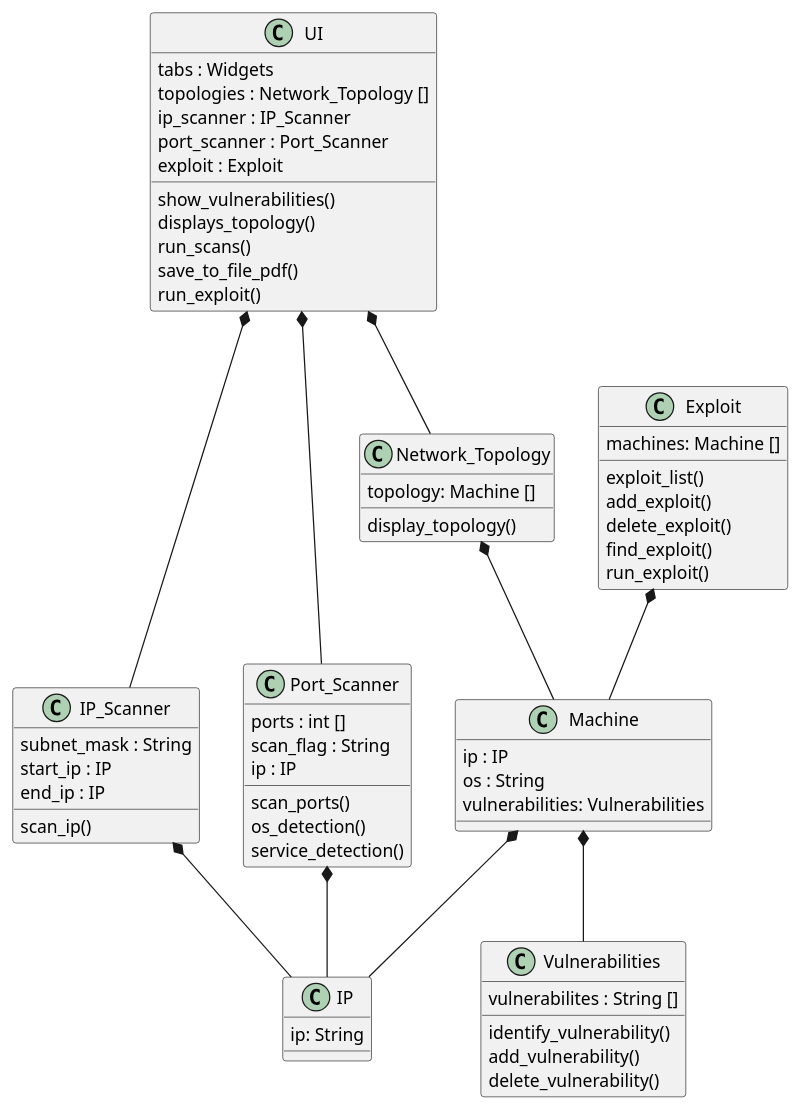
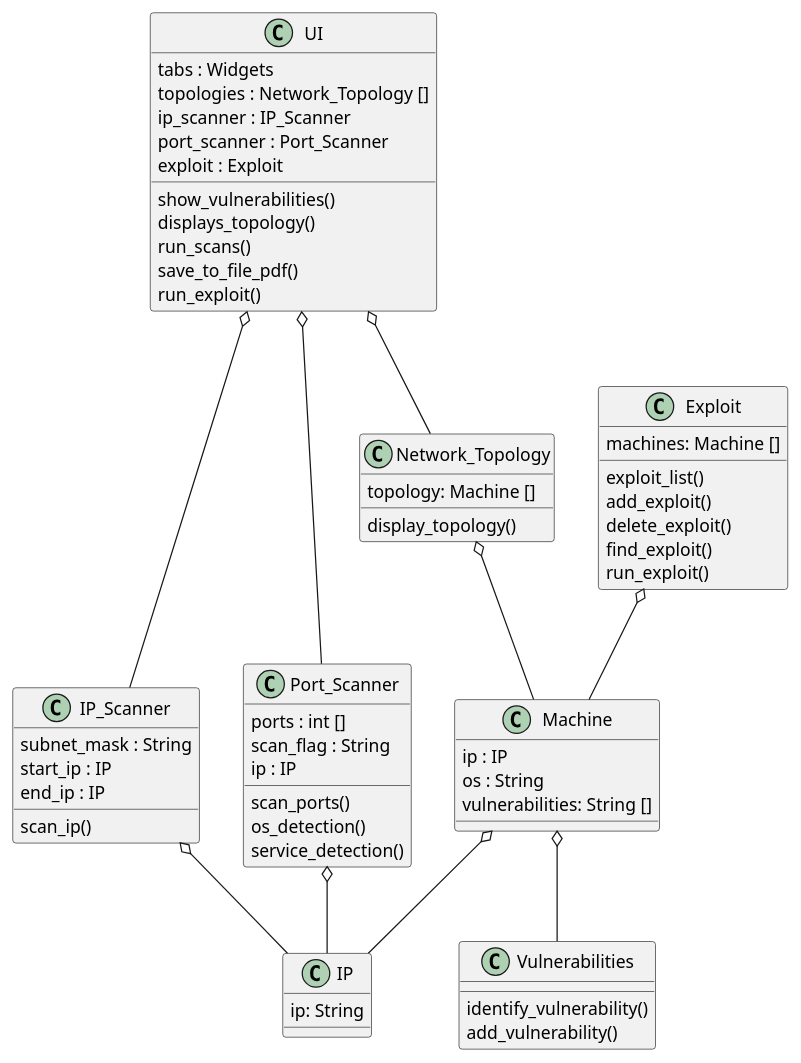
Before and after one commit to Sanmeet-EWU/github-teams-project-bid-uwultimate-stardust-crusaders: the diagram in Lewis/class_diagram.puml, drawn with PlantUML. The commit also changed 1 other file, not shown here.

```diff
--- a/Lewis/class_diagram.puml
+++ b/Lewis/class_diagram.puml
@@ -1,75 +1,72 @@
 @startuml
 class IP_Scanner {
 subnet_mask : String
 start_ip : IP
 end_ip : IP
 scan_ip()
 }
 
 class Port_Scanner {
 ports : int []
 scan_flag : String
 ip : IP
 scan_ports()
 os_detection()
 service_detection()
 }
 
 class IP {
 ip: String
 }
 
 class Network_Topology {
 topology: Machine []
 display_topology()
 }
 
 class Machine {
 ip : IP
 os : String
-vulnerabilities: Vulnerabilities
+vulnerabilities: String []
 }
 
-IP_Scanner *-- IP
-Port_Scanner *--IP
-Machine *-- IP
-Network_Topology *-- Machine
-Machine *-- Vulnerabilities
-Exploit *-- Machine
-UI *-- Network_Topology
-UI *-- IP_Scanner
-UI *-- Port_Scanner
+IP_Scanner o-- IP
+Port_Scanner o--IP
+Machine o-- IP
+Network_Topology o-- Machine
+Machine o-- Vulnerabilities
+Exploit o-- Machine
+UI o-- Network_Topology
+UI o-- IP_Scanner
+UI o-- Port_Scanner
 
 class Vulnerabilities {
-vulnerabilites : String []
 identify_vulnerability()
 add_vulnerability()
-delete_vulnerability()
-
 }
 
 class Exploit {
 machines: Machine []
 exploit_list()
 add_exploit()
 delete_exploit()
 find_exploit()
 run_exploit()
 
 }
 
 
 
 class UI {
 tabs : Widgets
 topologies : Network_Topology []
 ip_scanner : IP_Scanner
 port_scanner : Port_Scanner
 exploit : Exploit
 show_vulnerabilities()
 displays_topology()
 run_scans()
 save_to_file_pdf()
 run_exploit()
 }
 @enduml
```
